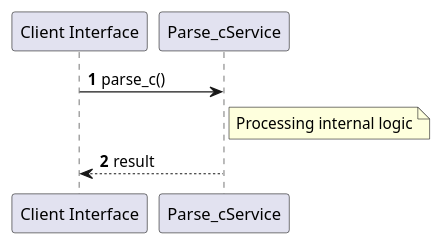
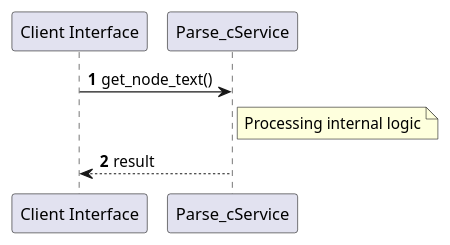
Before and after one commit to lgcorzo/rust_CACD_autonomous_factory: the second of 2 diagrams in openwiki/parse_c.md, drawn with PlantUML. The commit also changed other lines of this file and 100 other files, not shown here.

````diff
--- a/openwiki/parse_c.md
+++ b/openwiki/parse_c.md
@@ -58,11 +61,11 @@
 ```plantuml
 @startuml
 autonumber
 participant "Client Interface" as Caller
 participant "Parse_cService" as Svc
-Caller -> Svc: parse_c()
+Caller -> Svc: get_node_text()
 note right of Svc: Processing internal logic
 Svc --> Caller: result
 @enduml
 
 ```
````
